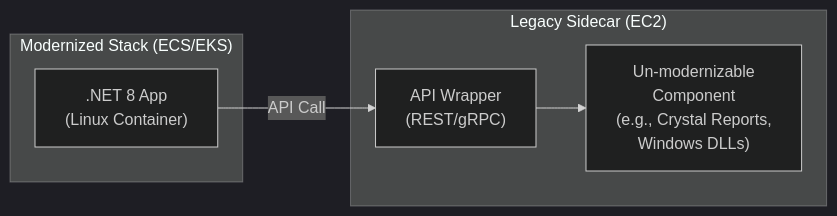
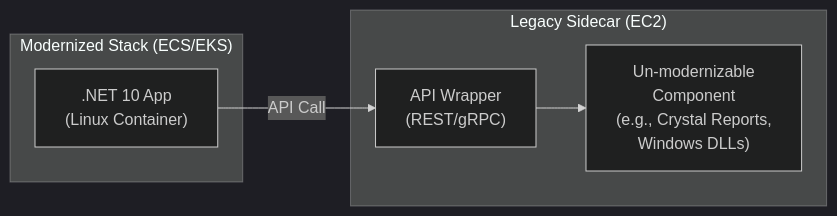
One commit to davidcslau/enterprise-modernization-analyzer changed the second of 2 diagrams in steering/dotnet-to-aws.md. Above: the diagram before and after it, drawn with Mermaid (dark theme). The commit also changed other lines of this file and 2 other files, not shown here.

First line of the commit message:
feat: .NET depth for a .NET 10-only target, grounded in AWS Transform's docs

````diff
--- a/steering/dotnet-to-aws.md
+++ b/steering/dotnet-to-aws.md
@@ -407,12 +447,12 @@
 ```mermaid
 flowchart LR
     subgraph Modern["Modernized Stack (ECS/EKS)"]
-        App[".NET 8 App<br/>(Linux Container)"]
+        App[".NET 10 App<br/>(Linux Container)"]
     end
     subgraph Legacy["Legacy Sidecar (EC2)"]
         Wrapper["API Wrapper<br/>(REST/gRPC)"]
         Component["Un-modernizable<br/>Component<br/>(e.g., Crystal Reports,<br/>Windows DLLs)"]
         Wrapper --> Component
     end
     App -- "API Call" --> Wrapper
 ```
````
